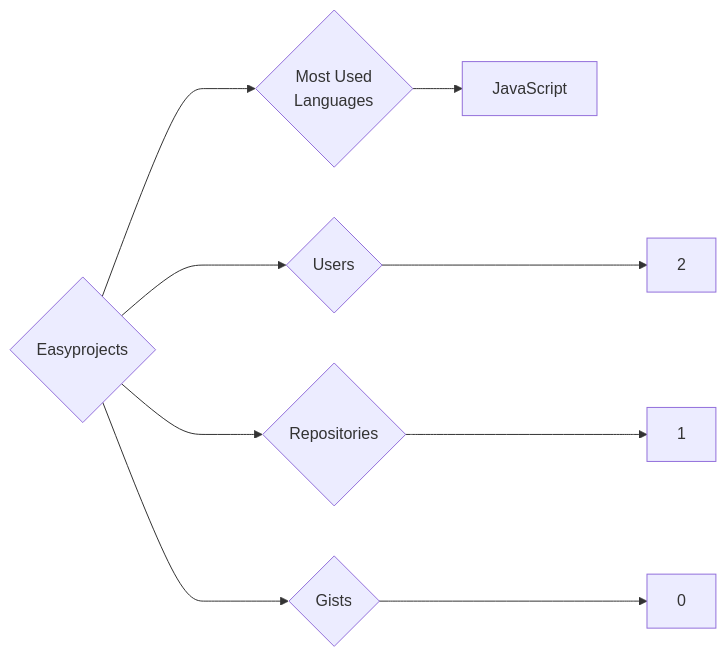
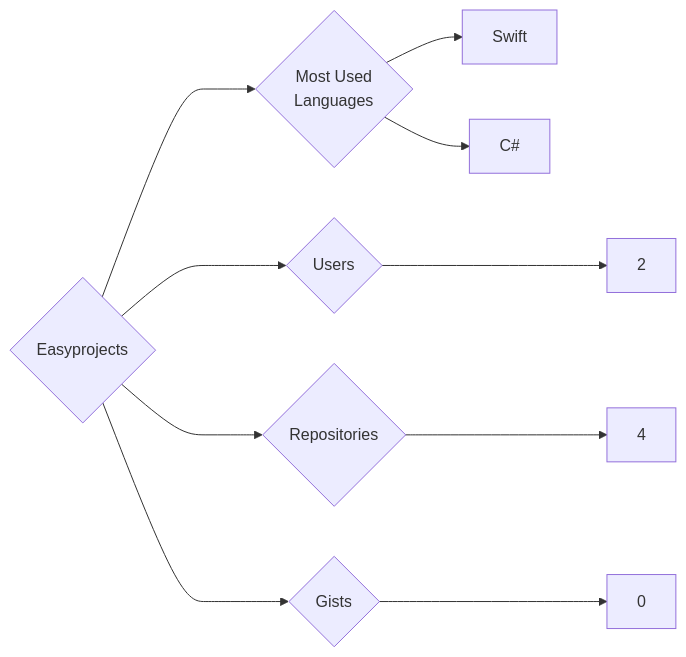
One commit to trickest/insiders changed the diagram in targets/Easyprojects/README.md. Above: the diagram before and after it, drawn with Mermaid. The commit also changed 865 other files, not shown here.

````diff
--- a/targets/Easyprojects/README.md
+++ b/targets/Easyprojects/README.md
@@ -3,9 +3,10 @@
 ```mermaid
 graph LR
 COMPANY_NAME{Easyprojects}
 COMPANY_NAME ---> U{Users} ---> UN[2]
-COMPANY_NAME ---> R{Repositories} ---> RN[1]
+COMPANY_NAME ---> R{Repositories} ---> RN[4]
 COMPANY_NAME ---> G{Gists} ---> GN[0]
 COMPANY_NAME ---> ML{Most Used<br>Languages}
-ML --> JavaScript[JavaScript]
+ML --> Swift[Swift]
+ML --> C#[C#]
 ```
````
